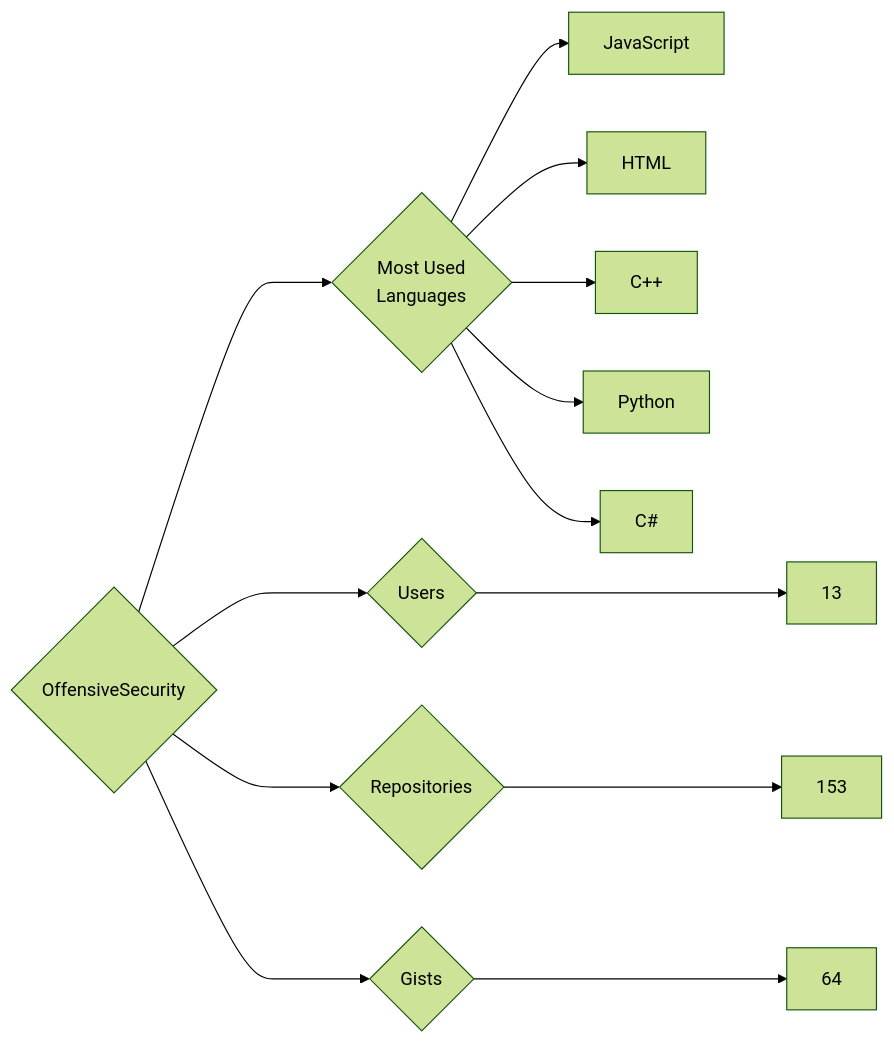
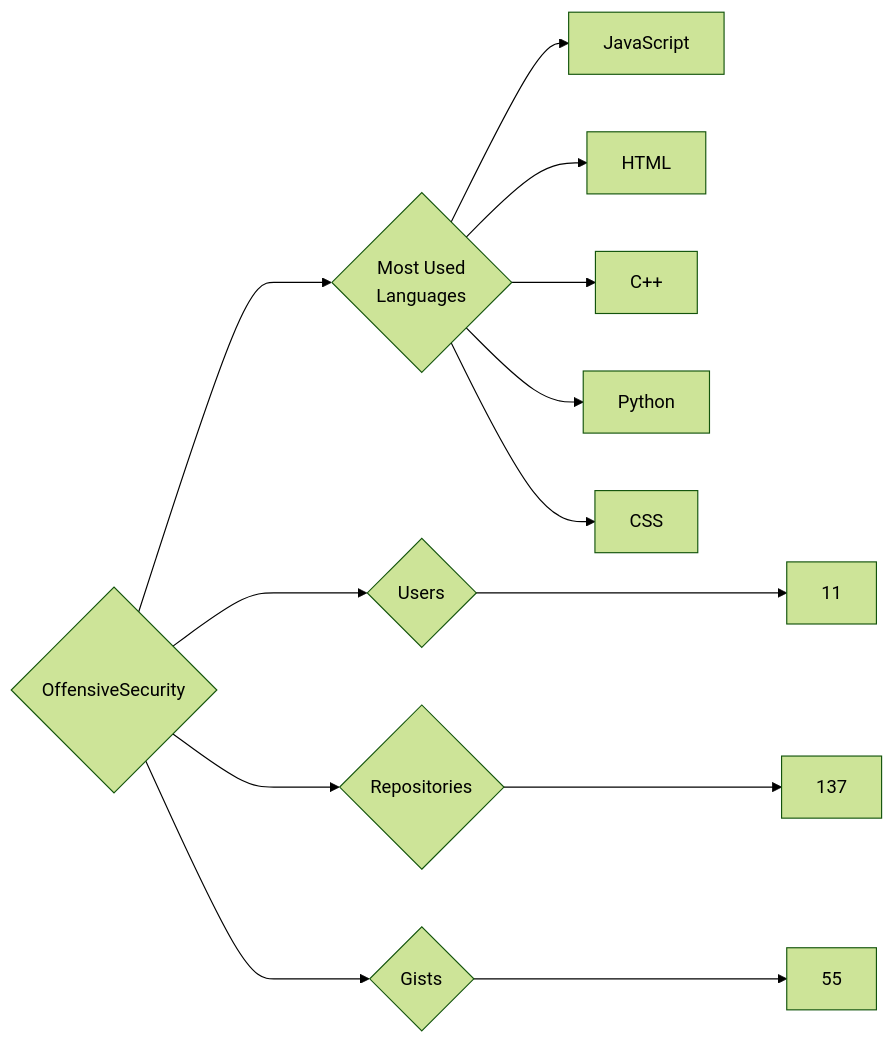
Before and after one commit to trickest/insiders: the diagram in targets/OffensiveSecurity/README.md, drawn with Mermaid (forest theme). The commit also changed 1479 other files, not shown here.

````diff
--- a/targets/OffensiveSecurity/README.md
+++ b/targets/OffensiveSecurity/README.md
@@ -3,13 +3,13 @@
 ```mermaid
 graph LR
 COMPANY_NAME{OffensiveSecurity}
-COMPANY_NAME ---> U{Users} ---> UN[13]
-COMPANY_NAME ---> R{Repositories} ---> RN[153]
-COMPANY_NAME ---> G{Gists} ---> GN[64]
+COMPANY_NAME ---> U{Users} ---> UN[11]
+COMPANY_NAME ---> R{Repositories} ---> RN[137]
+COMPANY_NAME ---> G{Gists} ---> GN[55]
 COMPANY_NAME ---> ML{Most Used<br>Languages}
 ML --> JavaScript[JavaScript]
 ML --> HTML[HTML]
 ML --> C++[C++]
 ML --> Python[Python]
-ML --> C#[C#]
+ML --> CSS[CSS]
 ```
````
